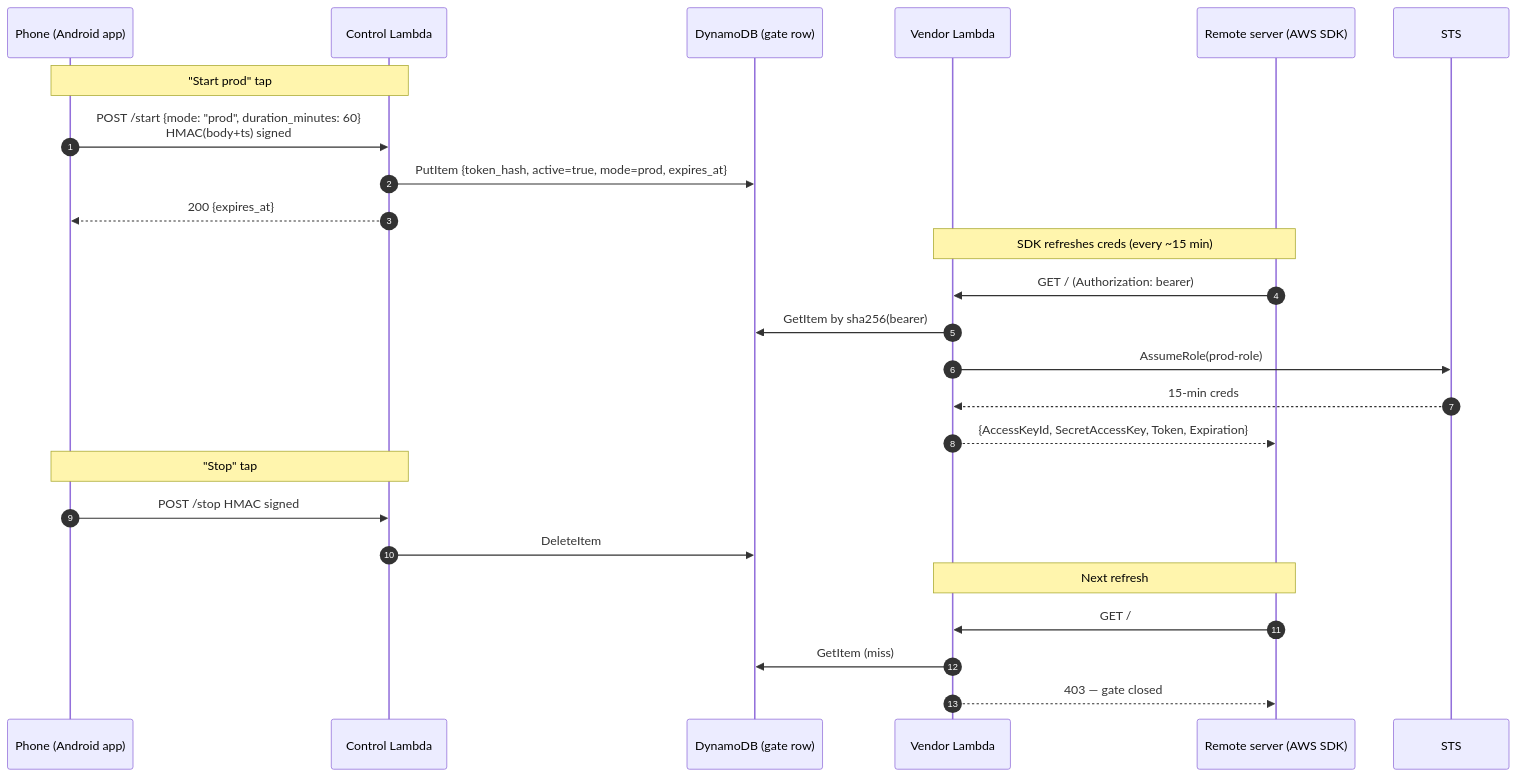
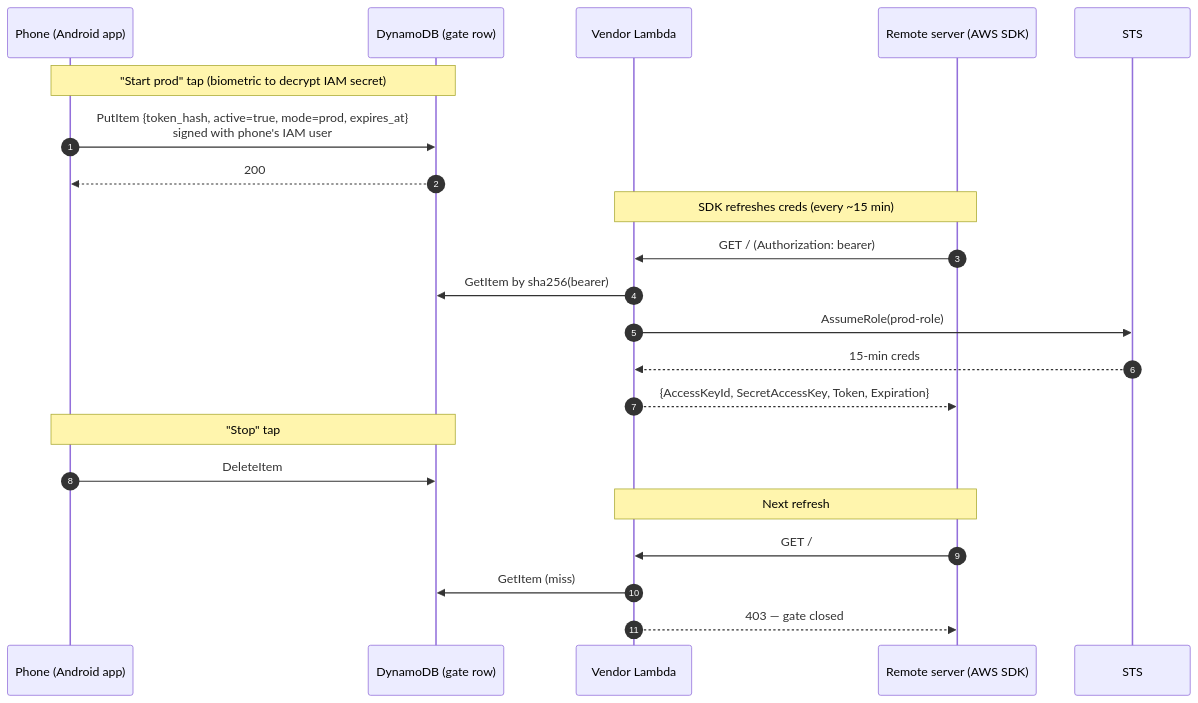
The diagram in README.md (alexeygrigorev/phone-aws-gate), drawn with Mermaid before and after one commit. The commit also changed other lines of this file and 10 other files, not shown here.

````diff
--- a/README.md
+++ b/README.md
@@ -23,30 +23,27 @@
 ```mermaid
 sequenceDiagram
   autonumber
   participant P as Phone (Android app)
-  participant C as Control Lambda
   participant D as DynamoDB (gate row)
   participant V as Vendor Lambda
   participant S as Remote server (AWS SDK)
   participant T as STS
 
-  Note over P,C: "Start prod" tap
-  P->>C: POST /start {mode: "prod", duration_minutes: 60}<br/>HMAC(body+ts) signed
-  C->>D: PutItem {token_hash, active=true, mode=prod, expires_at}
-  C-->>P: 200 {expires_at}
+  Note over P,D: "Start prod" tap (biometric to decrypt IAM secret)
+  P->>D: PutItem {token_hash, active=true, mode=prod, expires_at}<br/>signed with phone's IAM user
+  D-->>P: 200
 
   Note over S,V: SDK refreshes creds (every ~15 min)
   S->>V: GET / (Authorization: bearer)
   V->>D: GetItem by sha256(bearer)
   V->>T: AssumeRole(prod-role)
   T-->>V: 15-min creds
   V-->>S: {AccessKeyId, SecretAccessKey, Token, Expiration}
 
-  Note over P,C: "Stop" tap
-  P->>C: POST /stop  HMAC signed
-  C->>D: DeleteItem
+  Note over P,D: "Stop" tap
+  P->>D: DeleteItem
   Note over S,V: Next refresh
   S->>V: GET /
   V->>D: GetItem (miss)
   V-->>S: 403 — gate closed
 ```
````
